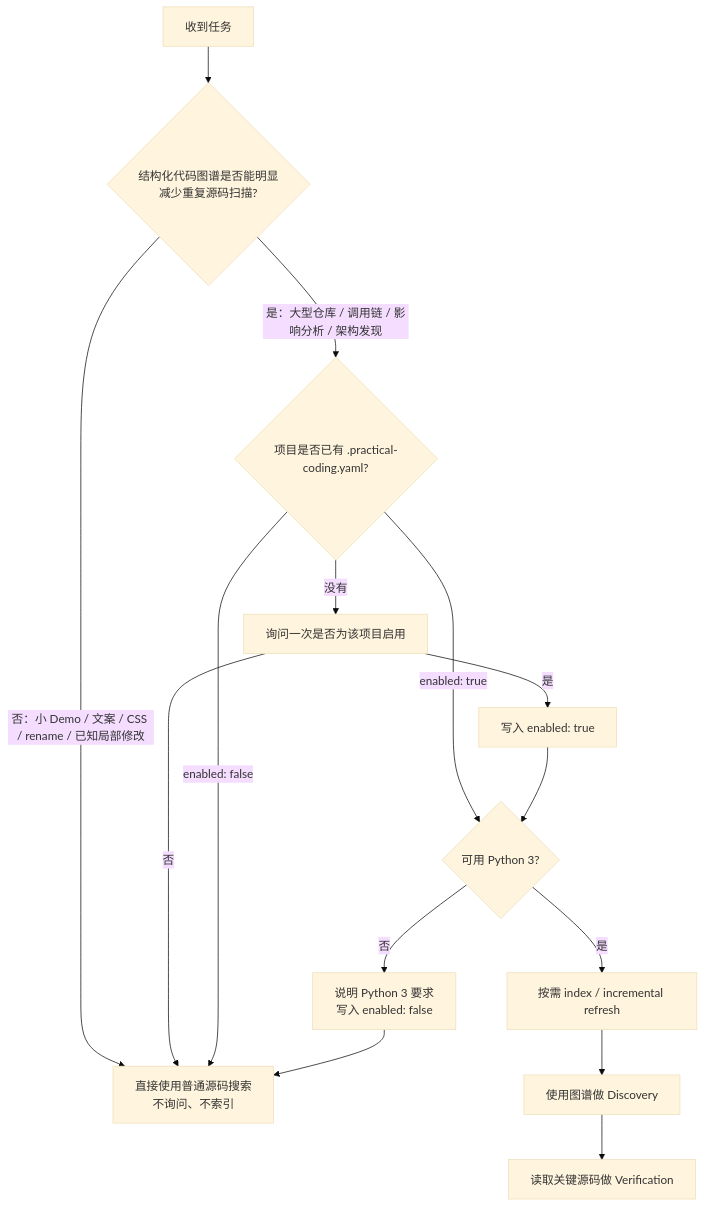
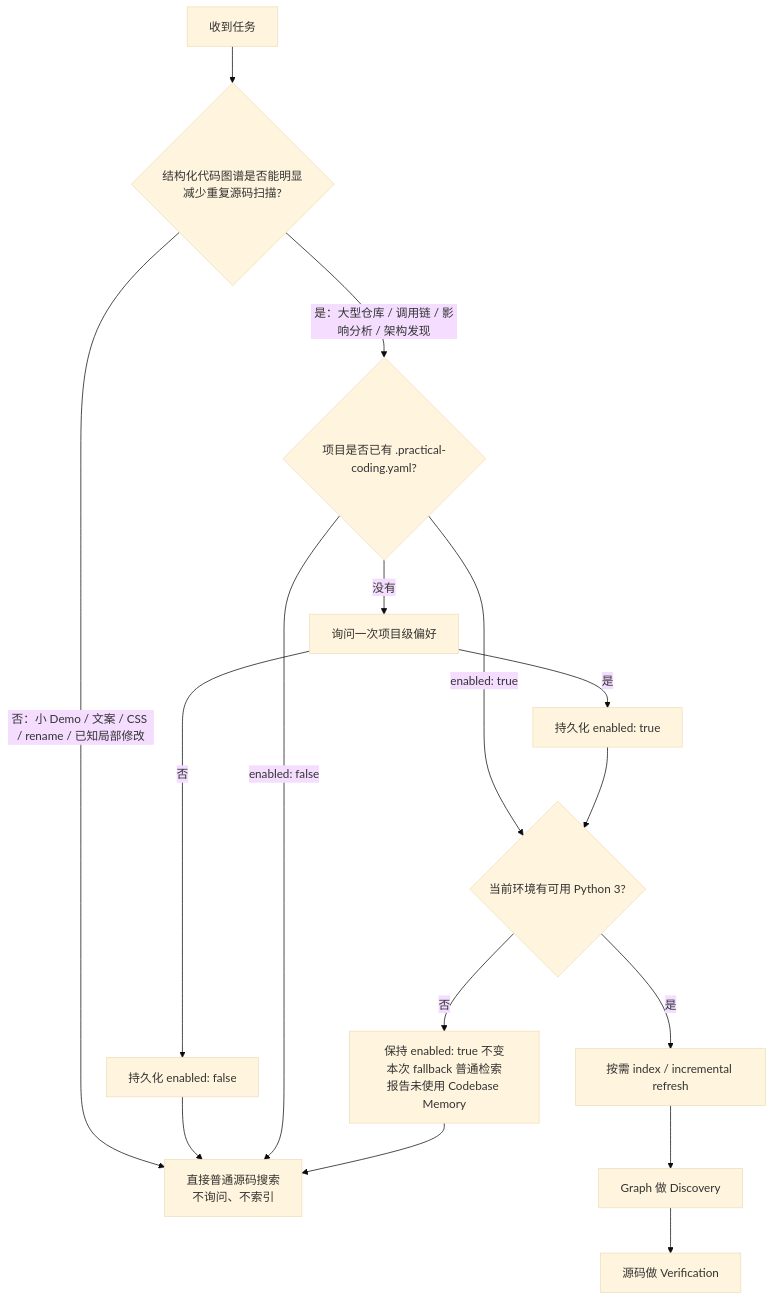
The fourth of 5 diagrams in README.md (Hubujiu/practical-coding), drawn with Mermaid (base theme) before and after one commit. The commit also changed other lines of this file and 9 other files, not shown here.

Commit message:
fix: persist graph preference and harden embedded graph

````diff
--- a/README.md
+++ b/README.md
@@ -209,19 +224,14 @@
 ```mermaid
 flowchart TD
     T["收到任务"] --> Q{"结构化代码图谱是否能明显减少重复源码扫描?"}
-
-    Q -->|"否：小 Demo / 文案 / CSS / rename / 已知局部修改"| S["直接使用普通源码搜索<br/>不询问、不索引"]
-
+    Q -->|"否：小 Demo / 文案 / CSS / rename / 已知局部修改"| S["直接普通源码搜索<br/>不询问、不索引"]
     Q -->|"是：大型仓库 / 调用链 / 影响分析 / 架构发现"| C{"项目是否已有 .practical-coding.yaml?"}
-
-    C -->|"没有"| A["询问一次是否为该项目启用"]
-    A -->|"否"| S
-    A -->|"是"| EN["写入 enabled: true"]
-
+    C -->|"没有"| A["询问一次项目级偏好"]
+    A -->|"否"| DIS["持久化 enabled: false"] --> S
+    A -->|"是"| EN["持久化 enabled: true"]
     C -->|"enabled: false"| S
-    C -->|"enabled: true"| PY{"可用 Python 3?"}
+    C -->|"enabled: true"| PY{"当前环境有可用 Python 3?"}
     EN --> PY
-
-    PY -->|"是"| G["按需 index / incremental refresh"] --> U["使用图谱做 Discovery"] --> V["读取关键源码做 Verification"]
-    PY -->|"否"| OFF["说明 Python 3 要求<br/>写入 enabled: false"] --> S
+    PY -->|"是"| G["按需 index / incremental refresh"] --> U["Graph 做 Discovery"] --> V["源码做 Verification"]
+    PY -->|"否"| FB["保持 enabled: true 不变<br/>本次 fallback 普通检索<br/>报告未使用 Codebase Memory"] --> S
 ```
````
